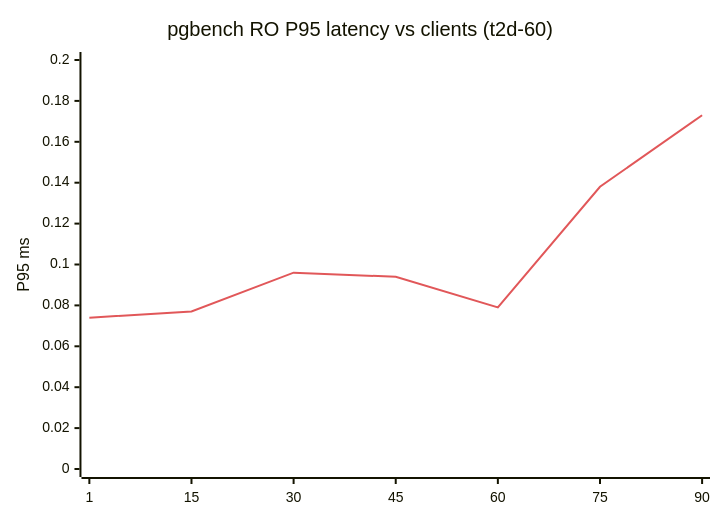
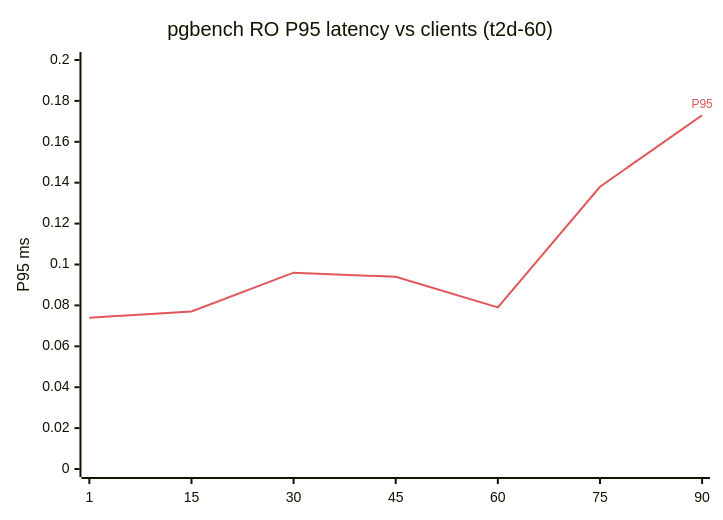
Before and after one commit to SpareCores/sc-db-benchmark-tmp: diagram 41 of 41 in RESULTS.md, drawn with Mermaid. The commit also changed other lines of this file, not shown here.

````diff
--- a/RESULTS.md
+++ b/RESULTS.md
@@ -1449,13 +1449,13 @@
 ```mermaid
 ---
 config:
   themeVariables:
     xyChart:
       plotColorPalette: "#e15759"
 ---
 xychart-beta
     title "pgbench RO P95 latency vs clients (t2d-60)"
     x-axis ["1", "15", "30", "45", "60", "75", "90"]
     y-axis "P95 ms" 0 --> 0.2
-    line "P95" [0.074, 0.077, 0.096, 0.094, 0.079, 0.138, 0.173]
+    line "P95" [0.074, 0.077, 0.096, 0.094, 0.079, 0.138, 0.173 "P95"]
 ```
````
